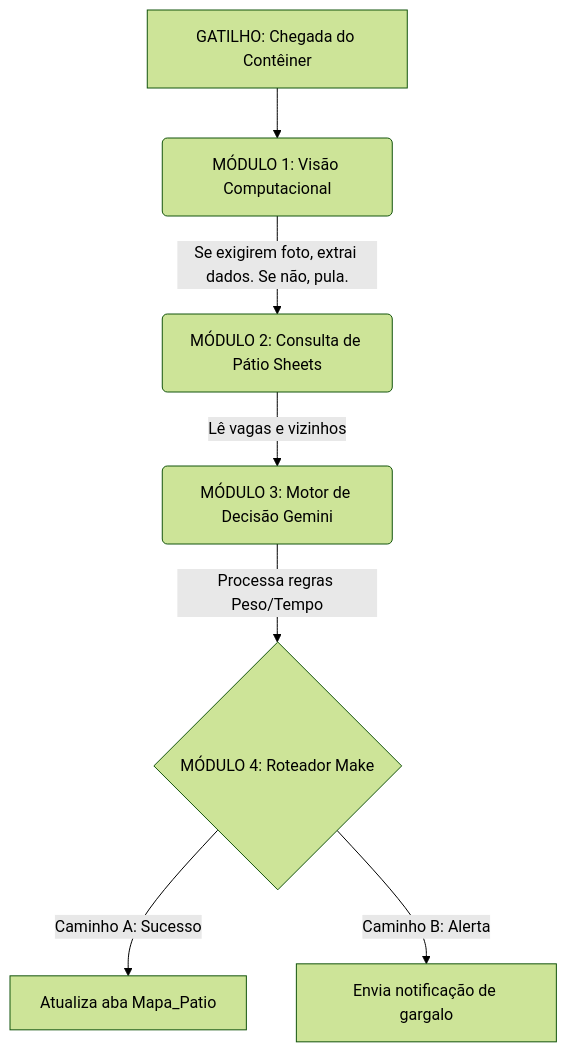
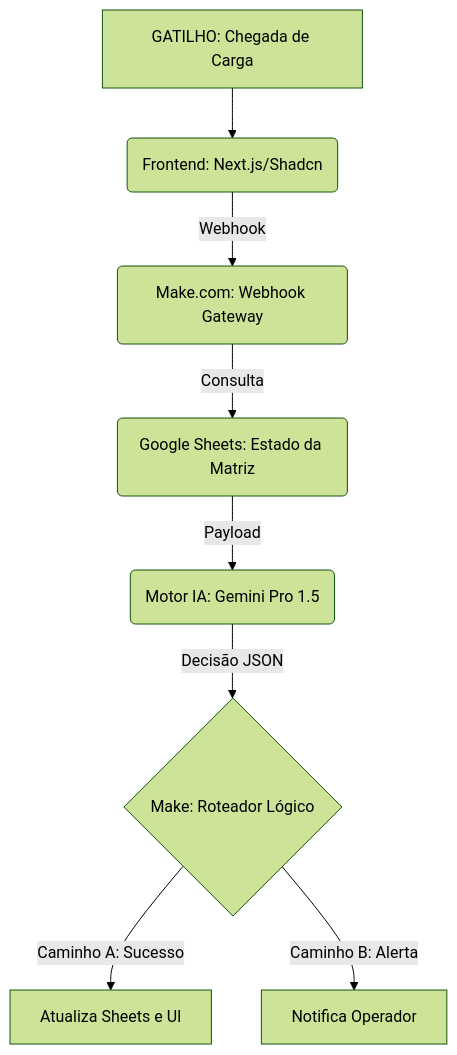
The diagram in README.md (Eduardo377/argos-wms-digital-twin), drawn with Mermaid (forest theme) before and after one commit. The commit also changed other lines of this file, not shown here.

````diff
--- a/README.md
+++ b/README.md
@@ -75,9 +28,11 @@
 ```mermaid
 graph TD
-    A[GATILHO: Chegada do Contêiner] --> B(MÓDULO 1: Visão Computacional)
-    B -->|Se exigirem foto, extrai dados. Se não, pula.| C(MÓDULO 2: Consulta de Pátio Sheets)
-    C -->|Lê vagas e vizinhos| D(MÓDULO 3: Motor de Decisão Gemini)
-    D -->|Processa regras Peso/Tempo| E{MÓDULO 4: Roteador Make}
-    E -->|Caminho A: Sucesso| F[Atualiza aba Mapa_Patio]
-    E -->|Caminho B: Alerta| G[Envia notificação de gargalo]
+    A[GATILHO: Chegada de Carga] --> B(Frontend: Next.js/Shadcn)
+    B -->|Webhook| C(Make.com: Webhook Gateway)
+    C -->|Consulta| D(Google Sheets: Estado da Matriz)
+    D -->|Payload| E(Motor IA: Gemini Pro 1.5)
+    E -->|Decisão JSON| F{Make: Roteador Lógico}
+    F -->|Caminho A: Sucesso| G[Atualiza Sheets e UI]
+    F -->|Caminho B: Alerta| H[Notifica Operador]
+
 ```
````
